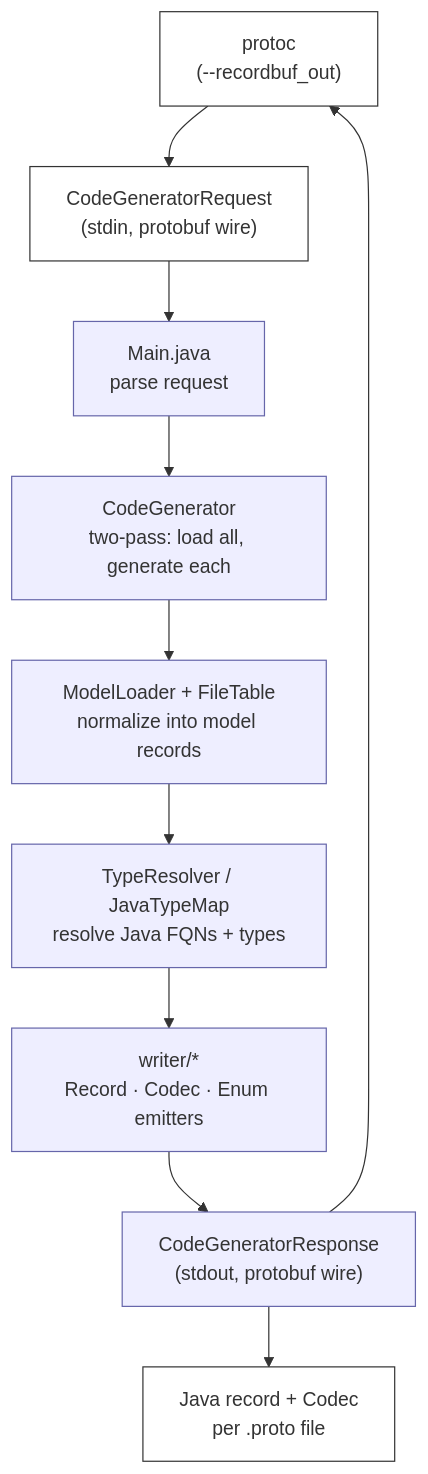
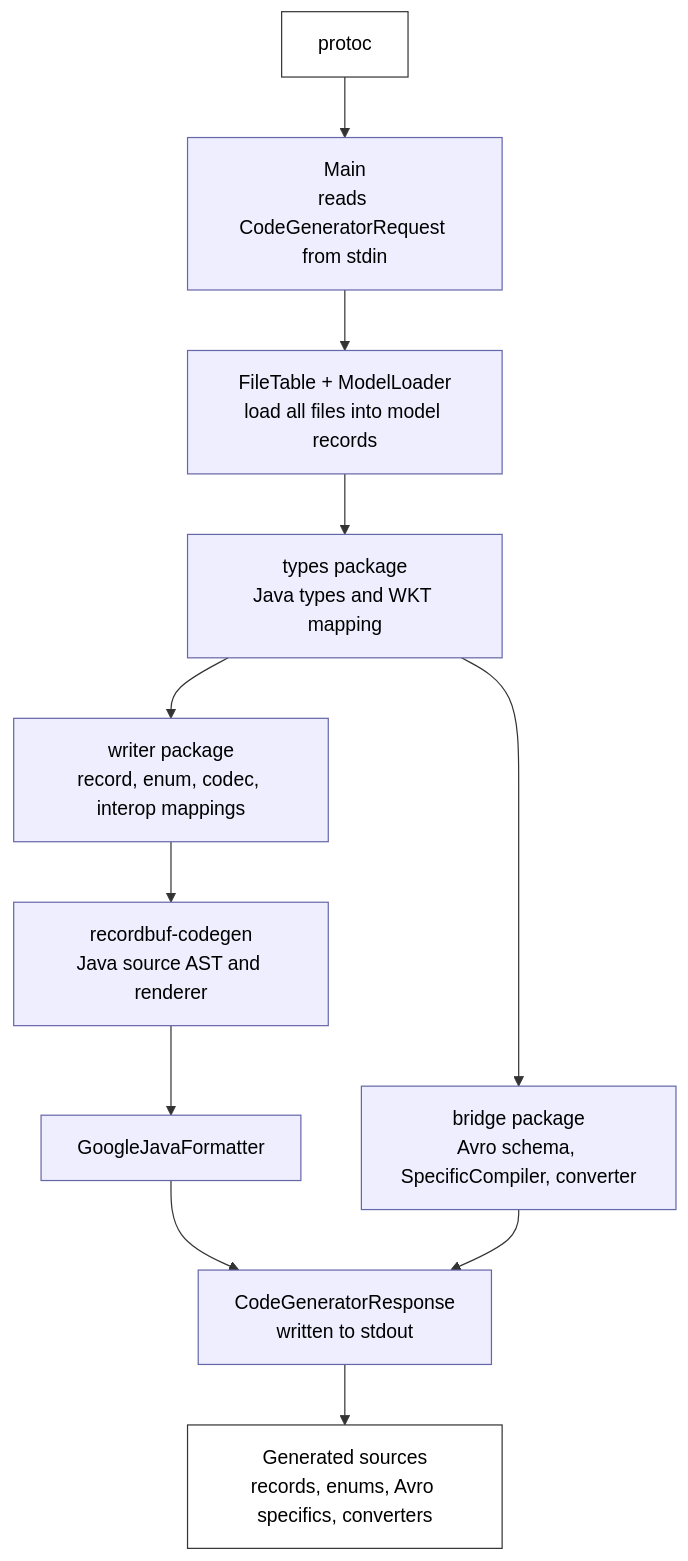
One commit to Bijnagte/recordbuf changed the diagram in README.md. Above: the diagram before and after it, drawn with Mermaid. The commit also changed other lines of this file, not shown here.

````diff
--- a/README.md
+++ b/README.md
@@ -190,18 +178,29 @@
 ```mermaid
 flowchart TB
-  classDef external fill:#fff,stroke:#333,stroke-width:1px
-  classDef internal fill:#eef,stroke:#66a
+  P["protoc"]
+  M["Main<br/>reads CodeGeneratorRequest from stdin"]
+  L["FileTable + ModelLoader<br/>load all files into model records"]
+  T["types package<br/>Java types and WKT mapping"]
+  W["writer package<br/>record, enum, codec, interop mappings"]
+  B["bridge package<br/>Avro schema, SpecificCompiler, converter"]
+  C["recordbuf-codegen<br/>Java source AST and renderer"]
+  F["GoogleJavaFormatter"]
+  R["CodeGeneratorResponse<br/>written to stdout"]
+  J["Generated sources<br/>records, enums, Avro specifics, converters"]
 
-  P["protoc<br/>(--recordbuf_out)"]:::external
-  IN["CodeGeneratorRequest<br/>(stdin, protobuf wire)"]:::external
-  M["Main.java<br/>parse request"]:::internal
-  CG["CodeGenerator<br/>two-pass: load all, generate each"]:::internal
-  L["ModelLoader + FileTable<br/>normalize into model records"]:::internal
-  T["TypeResolver / JavaTypeMap<br/>resolve Java FQNs + types"]:::internal
-  W["writer/*<br/>Record · Codec · Enum emitters"]:::internal
-  OUT["CodeGeneratorResponse<br/>(stdout, protobuf wire)"]:::internal
-  J["Java record + Codec<br/>per .proto file"]:::external
+  P --> M
+  M --> L
+  L --> T
+  T --> W
+  T --> B
+  W --> C
+  C --> F
+  F --> R
+  B --> R
+  R --> J
 
-  P --> IN --> M --> CG --> L --> T --> W --> OUT --> P
-  OUT --> J
+  classDef external fill:#ffffff,stroke:#333333,color:#000000
+  classDef internal fill:#eeeeff,stroke:#6666aa,color:#000000
+  class P,J external
+  class M,L,T,W,B,C,F,R internal
 ```
````
